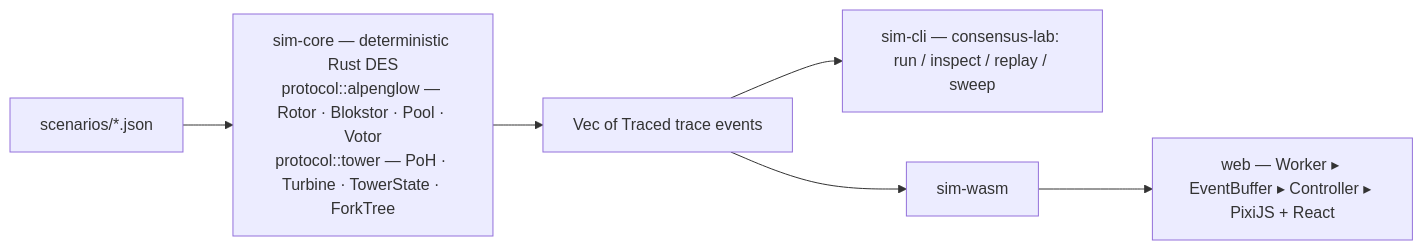
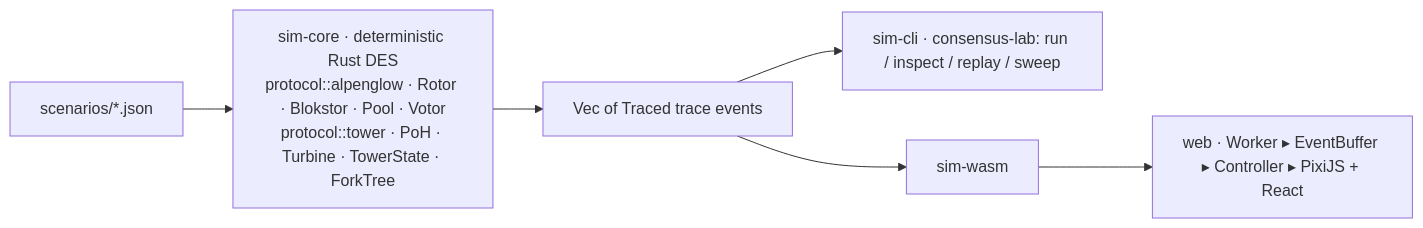
Before and after one commit to AkashJana18/solana-consensus-lab: the diagram in CLAUDE.md, drawn with Mermaid. The commit also changed other lines of this file and 5 other files, not shown here.

````diff
--- a/CLAUDE.md
+++ b/CLAUDE.md
@@ -56,7 +56,7 @@
 ```mermaid
 flowchart LR
-    SC["scenarios/*.json"] --> CORE["sim-core — deterministic Rust DES<br/>protocol::alpenglow — Rotor · Blokstor · Pool · Votor<br/>protocol::tower — PoH · Turbine · TowerState · ForkTree"]
+    SC["scenarios/*.json"] --> CORE["sim-core · deterministic Rust DES<br/>protocol::alpenglow · Rotor · Blokstor · Pool · Votor<br/>protocol::tower · PoH · Turbine · TowerState · ForkTree"]
     CORE --> TRACE["Vec of Traced trace events"]
-    TRACE --> CLI["sim-cli — consensus-lab: run / inspect / replay / sweep"]
-    TRACE --> WASM["sim-wasm"] --> WEB["web — Worker ▸ EventBuffer ▸ Controller ▸ PixiJS + React"]
+    TRACE --> CLI["sim-cli · consensus-lab: run / inspect / replay / sweep"]
+    TRACE --> WASM["sim-wasm"] --> WEB["web · Worker ▸ EventBuffer ▸ Controller ▸ PixiJS + React"]
 ```
````
